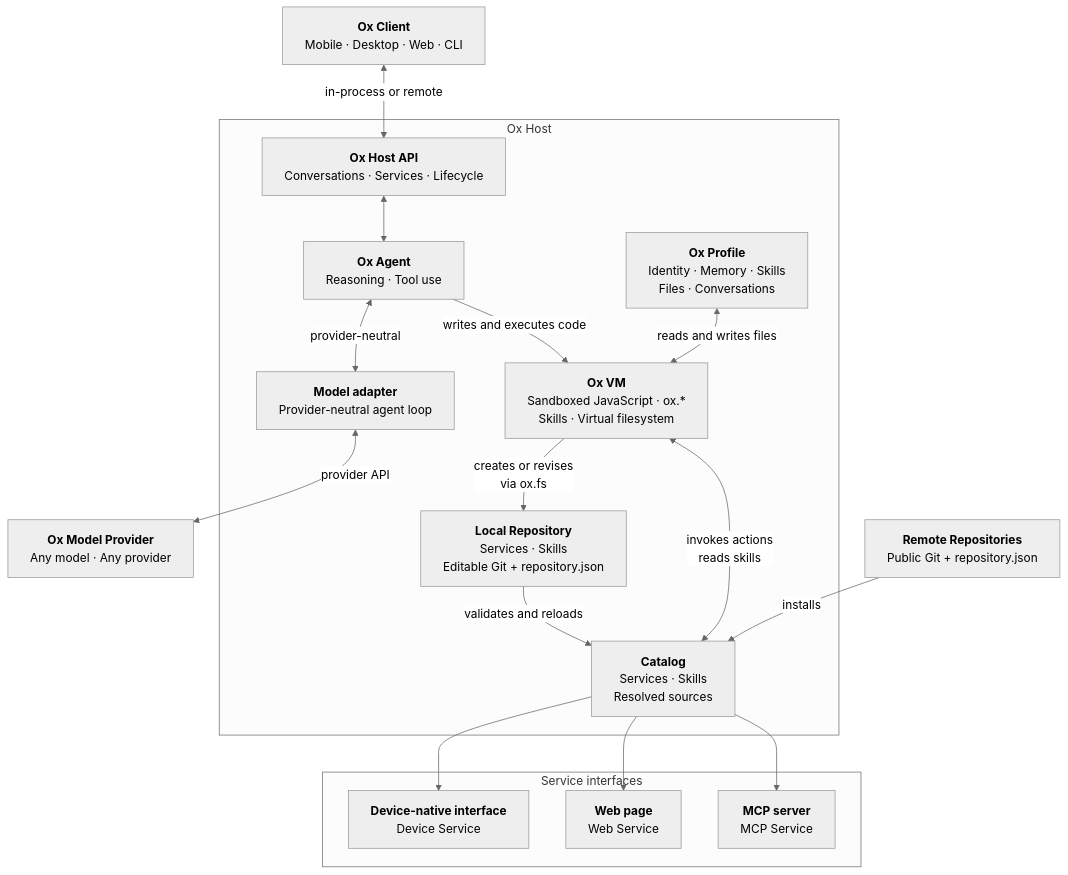
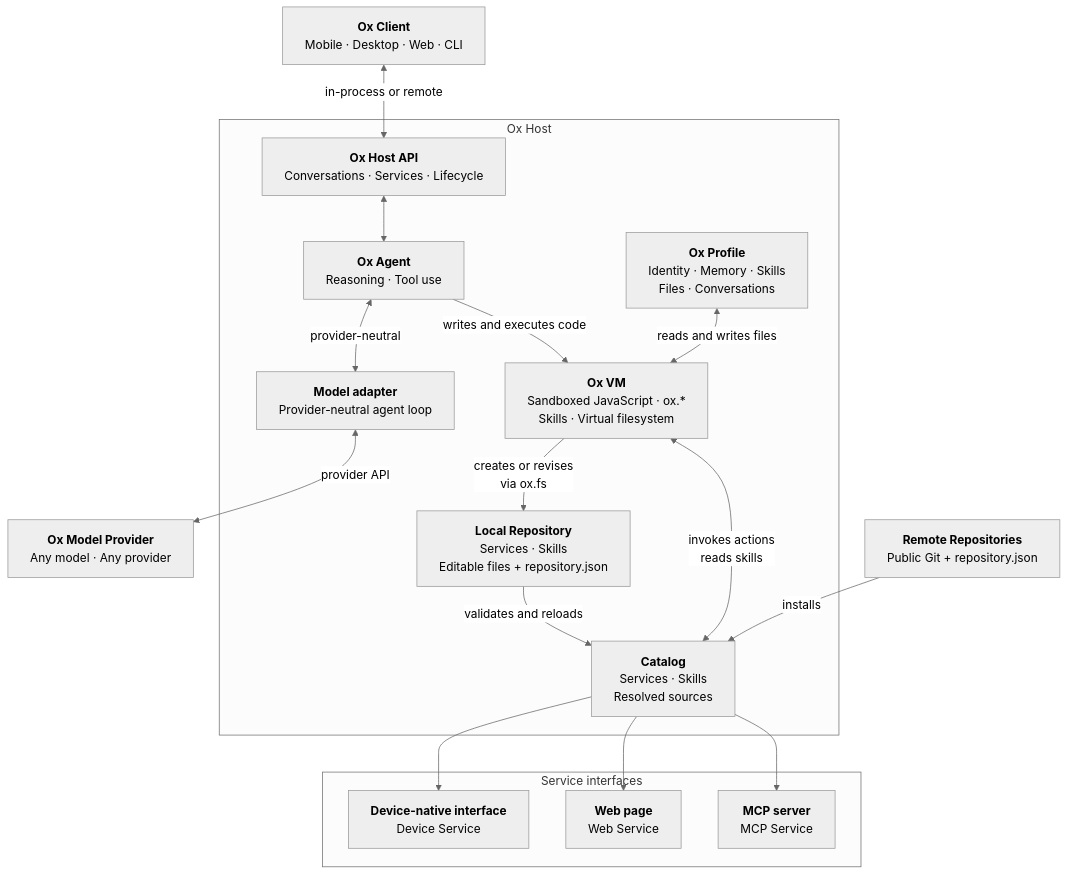
Before and after one commit to ziyzhu/openox: the second of 2 diagrams in README.md, drawn with Mermaid (neutral theme).

Commit message:
Describe the Local repository as editable files
Changes:
- Replace "Editable Git" with "Editable files" in the README architecture diagram, since the Local repository no longer uses Git versioning.

Testing:
- Not run; documentation-only change.

Related:
- eeefc6a9 Remove Local repository Git versioning

````diff
--- a/README.md
+++ b/README.md
@@ -87,41 +87,41 @@
 ```mermaid
 ---
 config:
   flowchart:
     wrappingWidth: 400
 ---
 flowchart TB
   client["<b>Ox Client</b><br>Mobile · Desktop · Web · CLI"]
   model["<b>Ox Model Provider</b><br>Any model · Any provider"]
   remote_repositories["<b>Remote Repositories</b><br>Public Git + repository.json"]
 
   subgraph host["Ox Host"]
     host_api["<b>Ox Host API</b><br>Conversations · Services · Lifecycle"]
     agent["<b>Ox Agent</b><br>Reasoning · Tool use"]
     model_adapter["<b>Model adapter</b><br>Provider-neutral agent loop"]
     profile["<b>Ox Profile</b><br>Identity · Memory · Skills<br>Files · Conversations"]
     vm["<b>Ox VM</b><br>Sandboxed JavaScript · ox.*<br>Skills · Virtual filesystem"]
-    local_repository["<b>Local Repository</b><br>Services · Skills<br>Editable Git + repository.json"]
+    local_repository["<b>Local Repository</b><br>Services · Skills<br>Editable files + repository.json"]
     catalog["<b>Catalog</b><br>Services · Skills<br>Resolved sources"]
   end
 
   subgraph interfaces["Service interfaces"]
     device["<b>Device-native interface</b><br>Device Service"]
     web["<b>Web page</b><br>Web Service"]
     mcp["<b>MCP server</b><br>MCP Service"]
   end
 
   client <-- "in-process or remote" --> host_api
   host_api <--> agent
   agent <-- "provider-neutral" --> model_adapter
   model_adapter <-- "provider API" --> model
   agent -- "writes and executes code" --> vm
   profile <-- "reads and writes files" --> vm
   vm -- "creates or revises<br>via ox.fs" --> local_repository
   vm <-- "invokes actions<br>reads skills" --> catalog
   local_repository -- "validates and reloads" --> catalog
   remote_repositories -- "installs" --> catalog
   catalog --> device
   catalog --> web
   catalog --> mcp
 ```
````
